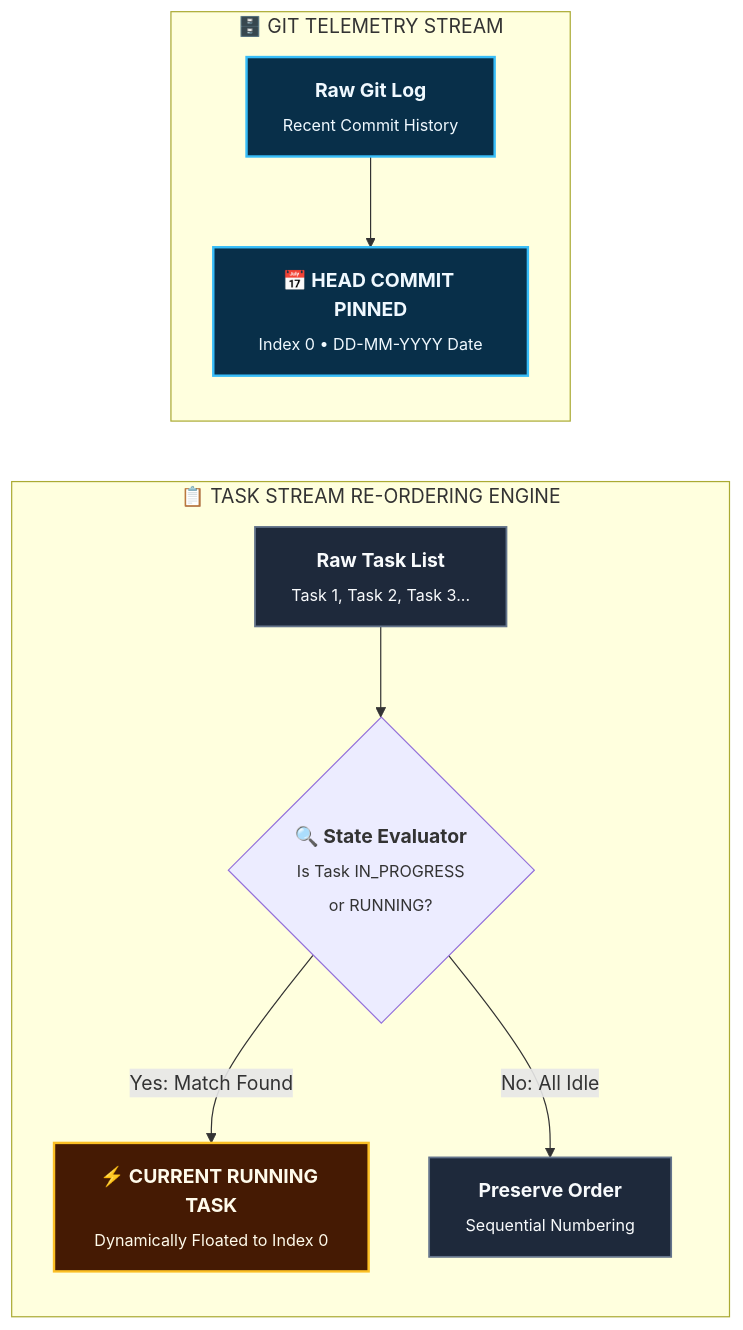
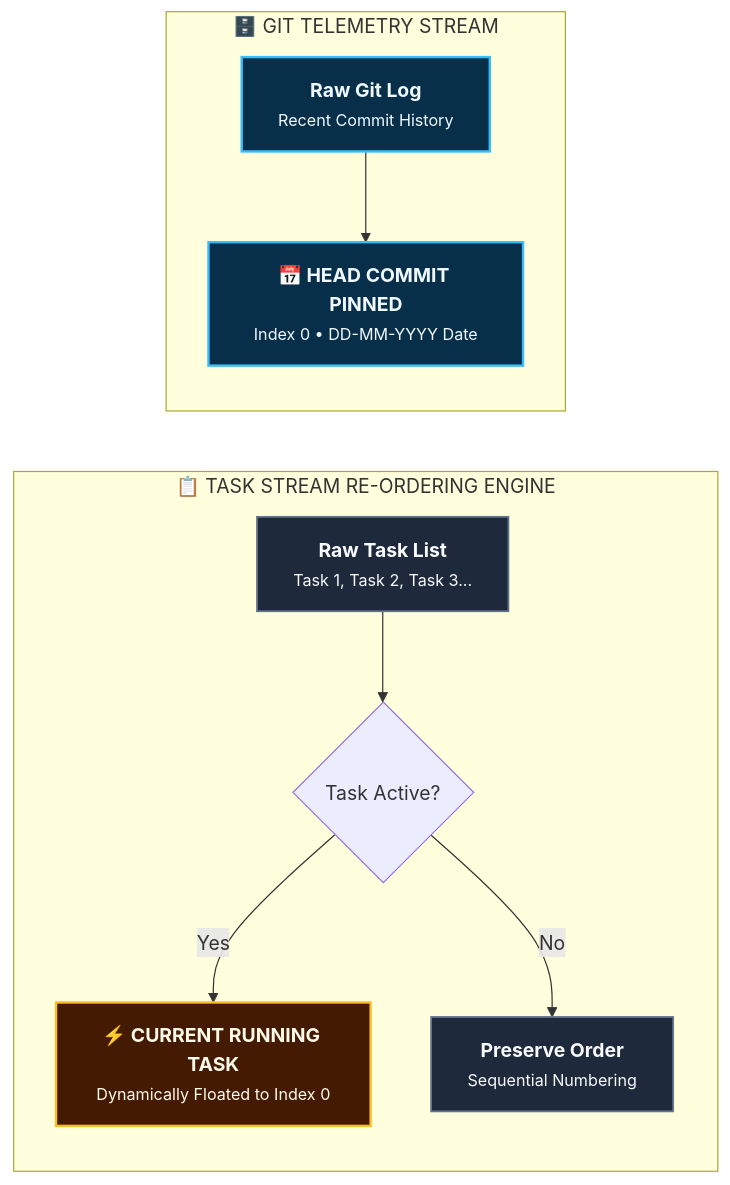
Before and after one commit to rmsofficialsyt/Agentic-AI-Vibe-Coding-AND-SDD-TDD-Codebase-Chandan-Adhikary: the second of 4 diagrams in Vibe-Coding-Chandan-Adhikary/Vibe-Coding/Project-Manager-Dashboard/README.md, drawn with Mermaid. The commit also changed other lines of this file and 27 other files, not shown here.

Commit message:
docs: resolve text overlap and scattering across all diagrams via semantic typography and layout contracts

````diff
--- a/Vibe-Coding-Chandan-Adhikary/Vibe-Coding/Project-Manager-Dashboard/README.md
+++ b/Vibe-Coding-Chandan-Adhikary/Vibe-Coding/Project-Manager-Dashboard/README.md
@@ -67,16 +69,16 @@
 ```mermaid
 flowchart LR
     classDef active fill:#451a03,stroke:#fbbf24,stroke-width:2px,color:#fffbeb;
     classDef normal fill:#1e293b,stroke:#64748b,stroke-width:1.5px,color:#f8fafc;
     classDef git fill:#082f49,stroke:#38bdf8,stroke-width:2px,color:#f0f9ff;
 
     subgraph TaskStream ["📋 TASK STREAM RE-ORDERING ENGINE"]
-        IncomingTasks["<b>Raw Task List</b><br/><sub>Task 1, Task 2, Task 3...</sub>"]:::normal --> StateCheck{"<b>🔍 State Evaluator</b><br/><sub>Is Task IN_PROGRESS<br/>or RUNNING?</sub>"}
-        StateCheck -->|"Yes: Match Found"| FloatTop["<b>⚡ CURRENT RUNNING TASK</b><br/><sub>Dynamically Floated to Index 0</sub>"]:::active
-        StateCheck -->|"No: All Idle"| NaturalOrder["<b>Preserve Order</b><br/><sub>Sequential Numbering</sub>"]:::normal
+        IncomingTasks["<b>Raw Task List</b><br/><small>Task 1, Task 2, Task 3...</small>"]:::normal --> StateCheck{"Task Active?"}
+        StateCheck -->|"Yes"| FloatTop["<b>⚡ CURRENT RUNNING TASK</b><br/><small>Dynamically Floated to Index 0</small>"]:::active
+        StateCheck -->|"No"| NaturalOrder["<b>Preserve Order</b><br/><small>Sequential Numbering</small>"]:::normal
     end
 
     subgraph GitStream ["🗄️ GIT TELEMETRY STREAM"]
-        GitLog["<b>Raw Git Log</b><br/><sub>Recent Commit History</sub>"]:::git --> PinHead["<b>📅 HEAD COMMIT PINNED</b><br/><sub>Index 0 • DD-MM-YYYY Date</sub>"]:::git
+        GitLog["<b>Raw Git Log</b><br/><small>Recent Commit History</small>"]:::git --> PinHead["<b>📅 HEAD COMMIT PINNED</b><br/><small>Index 0 • DD-MM-YYYY Date</small>"]:::git
     end
 ```
````
